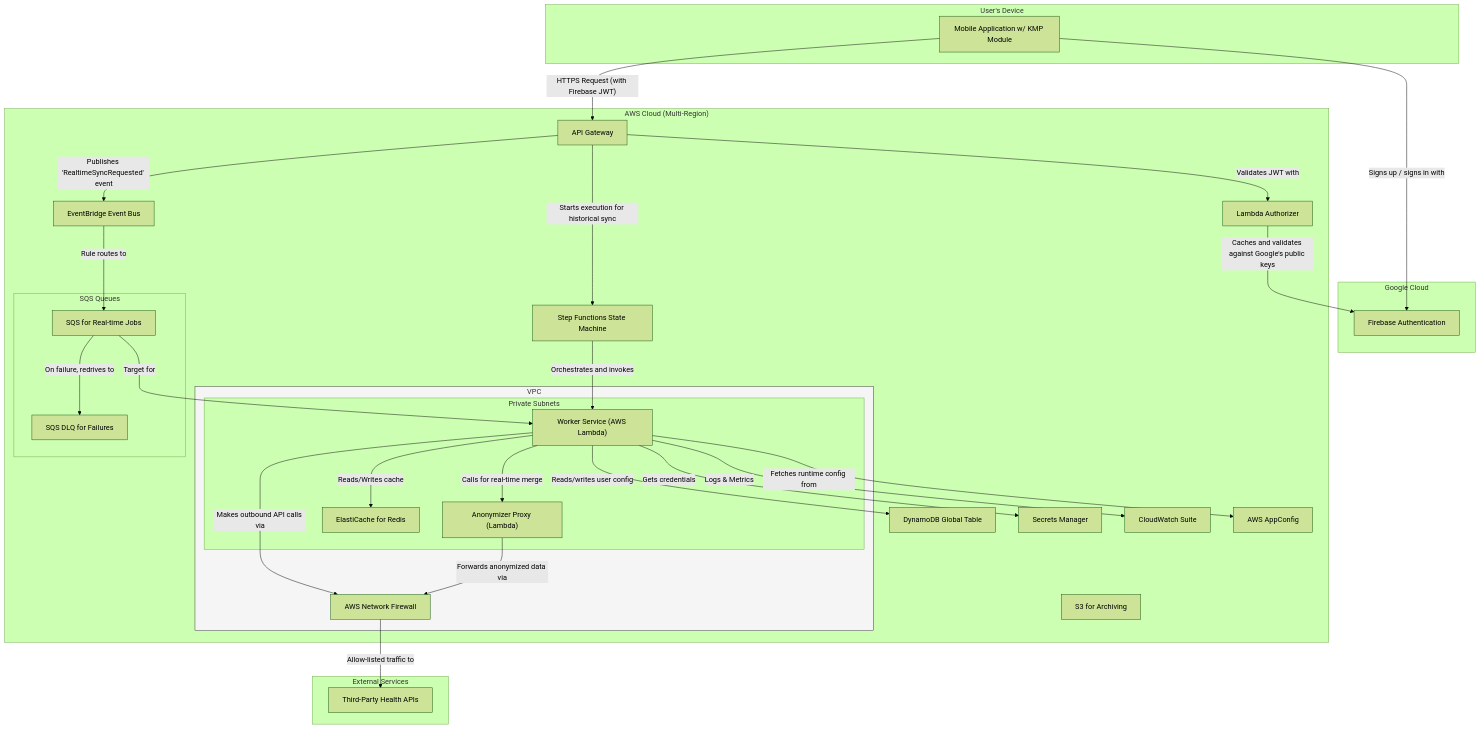
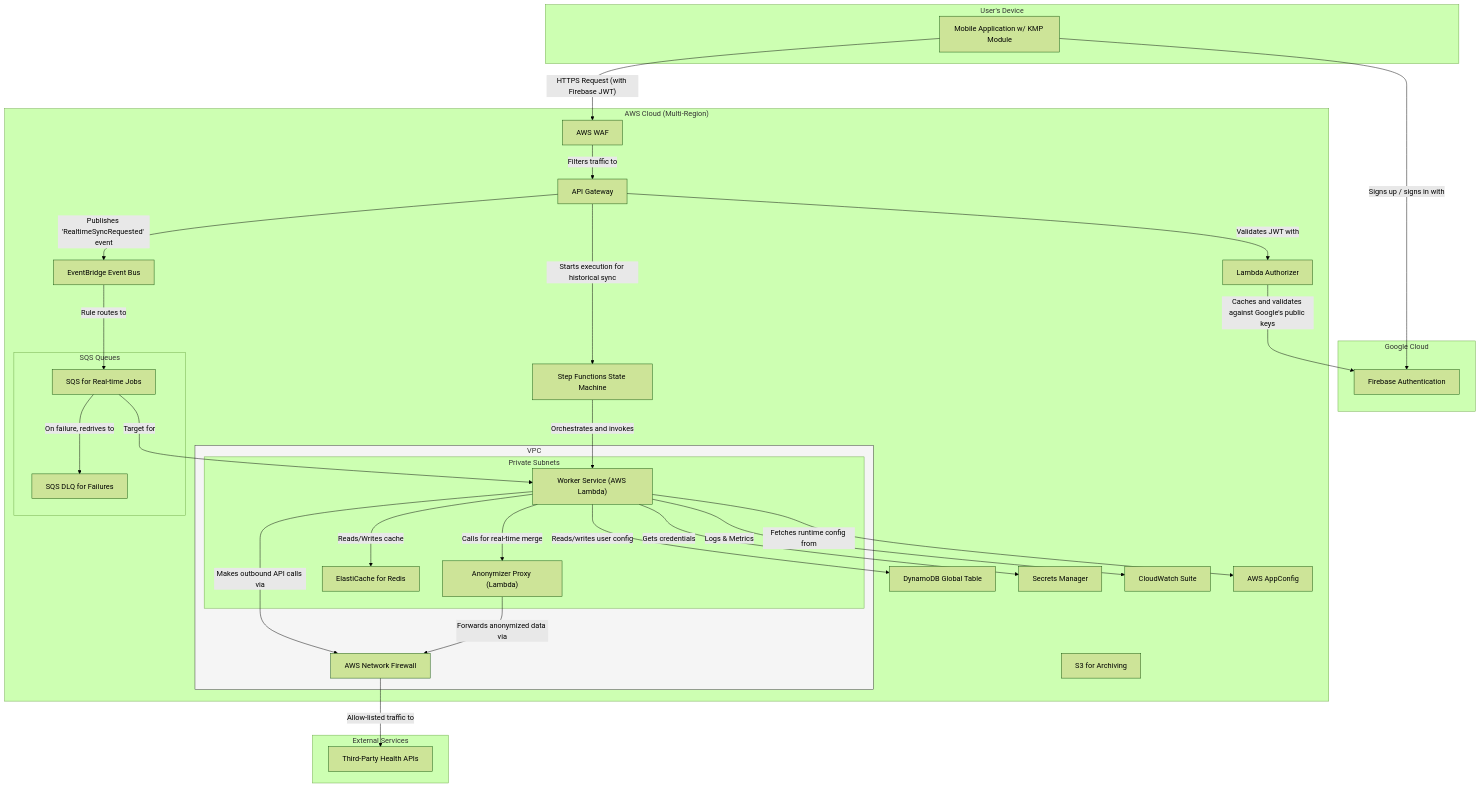
Before and after one commit to dino10bit/healthsync: the second of 11 diagrams in 06-technical-architecture.md, drawn with Mermaid (forest theme). The commit also changed other lines of this file and 3 other files, not shown here.

````diff
--- a/06-technical-architecture.md
+++ b/06-technical-architecture.md
@@ -67,67 +67,69 @@
 ```mermaid
 graph TD
     subgraph "User's Device"
         MobileApp[Mobile Application w/ KMP Module]
     end
 
     subgraph "Google Cloud"
         FirebaseAuth[Firebase Authentication]
     end
 
     subgraph "External Services"
         ThirdPartyAPIs["Third-Party Health APIs"]
     end
 
     subgraph "AWS Cloud (Multi-Region)"
+        WAF[AWS WAF]
         APIGateway[API Gateway]
         AuthorizerLambda[Lambda Authorizer]
         HotPathEventBus[EventBridge Event Bus]
         HistoricalOrchestrator[Step Functions State Machine]
         DynamoDB[DynamoDB Global Table]
         SecretsManager[Secrets Manager]
         S3[S3 for Archiving]
         Observability["CloudWatch Suite"]
         AppConfig[AWS AppConfig]
 
         subgraph "VPC"
             style VPC fill:#f5f5f5,stroke:#333
             NetworkFirewall[AWS Network Firewall]
             subgraph "Private Subnets"
                 WorkerLambda["Worker Service (AWS Lambda)"]
                 AnonymizerProxy["Anonymizer Proxy (Lambda)"]
                 ElastiCache[ElastiCache for Redis]
             end
         end
 
         subgraph "SQS Queues"
             RealtimeSyncQueue[SQS for Real-time Jobs]
             RealtimeSyncDLQ[SQS DLQ for Failures]
         end
     end
 
     MobileApp -- "Signs up / signs in with" --> FirebaseAuth
-    MobileApp -- "HTTPS Request (with Firebase JWT)" --> APIGateway
+    MobileApp -- "HTTPS Request (with Firebase JWT)" --> WAF
+    WAF -- "Filters traffic to" --> APIGateway
 
     APIGateway -- "Validates JWT with" --> AuthorizerLambda
     AuthorizerLambda -- "Caches and validates against Google's public keys" --> FirebaseAuth
     APIGateway -- "Publishes 'RealtimeSyncRequested' event" --> HotPathEventBus
     APIGateway -- "Starts execution for historical sync" --> HistoricalOrchestrator
 
     HotPathEventBus -- "Rule routes to" --> RealtimeSyncQueue
     RealtimeSyncQueue -- "Target for" --> WorkerLambda
     RealtimeSyncQueue -- "On failure, redrives to" --> RealtimeSyncDLQ
 
     HistoricalOrchestrator -- "Orchestrates and invokes" --> WorkerLambda
 
     WorkerLambda -- "Reads/writes user config" --> DynamoDB
     WorkerLambda -- "Gets credentials" --> SecretsManager
     WorkerLambda -- "Reads/Writes cache" --> ElastiCache
     WorkerLambda -- "Logs & Metrics" --> Observability
     WorkerLambda -- "Fetches runtime config from" --> AppConfig
     WorkerLambda -- "Makes outbound API calls via" --> NetworkFirewall
 
     AnonymizerProxy -- "Forwards anonymized data via" --> NetworkFirewall
     NetworkFirewall -- "Allow-listed traffic to" --> ThirdPartyAPIs
 
     WorkerLambda -- "Calls for real-time merge" --> AnonymizerProxy
 ```
````
